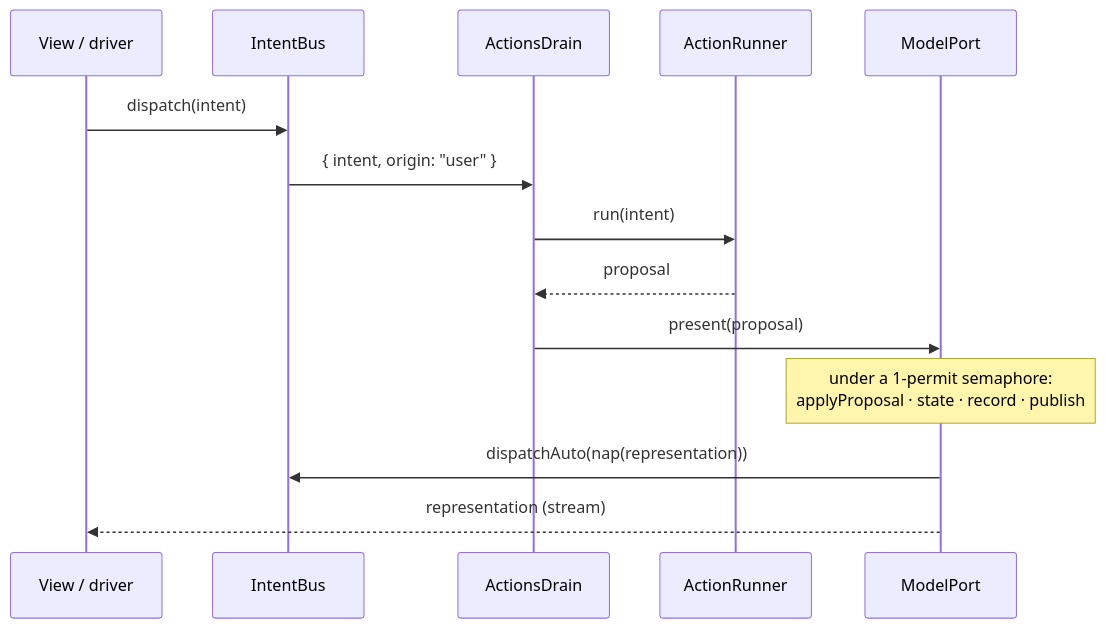
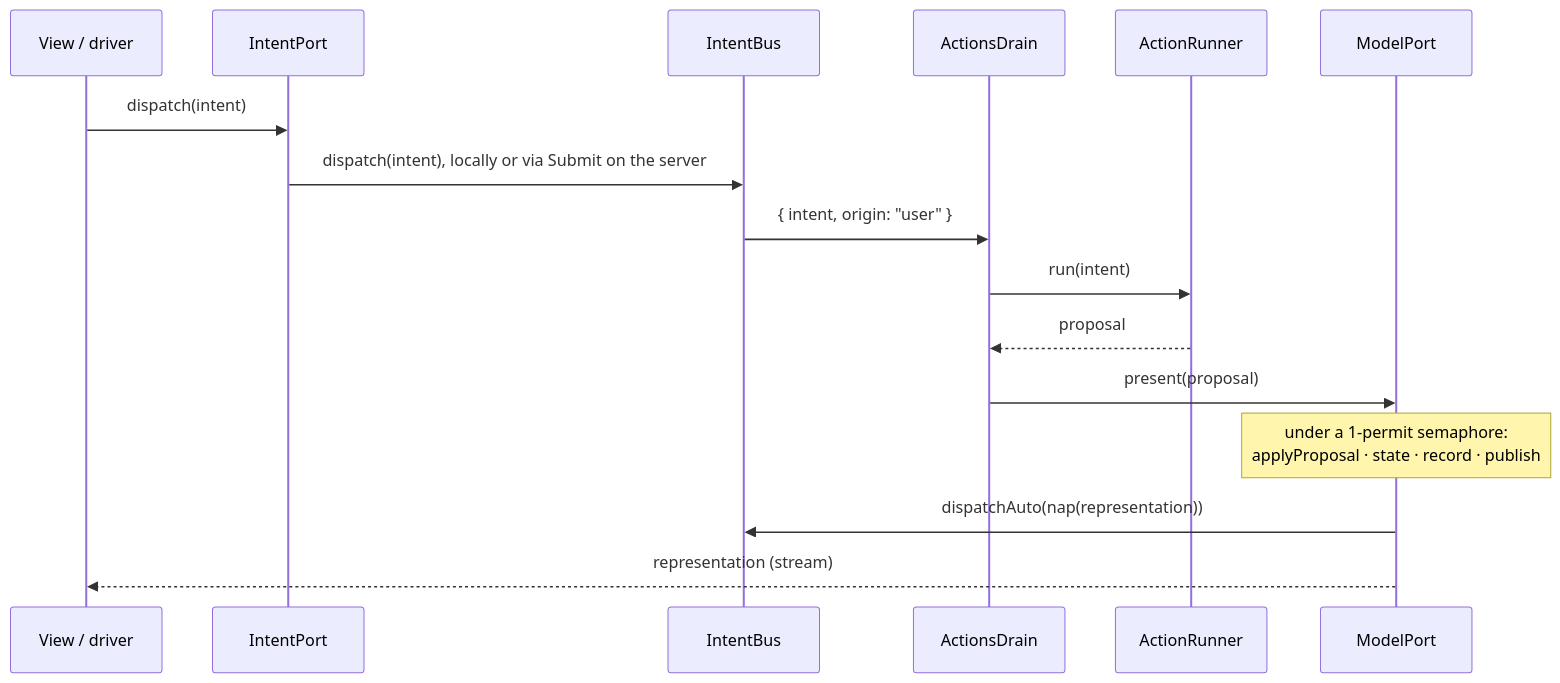
One commit to Trebh/microfw changed the diagram in docs/architecture/sam-loop.md. Above: the diagram before and after it, drawn with Mermaid. The commit also changed 43 other files, not shown here.

````diff
--- a/docs/architecture/sam-loop.md
+++ b/docs/architecture/sam-loop.md
@@ -29,16 +29,18 @@
 ```mermaid
 sequenceDiagram
   participant V as View / driver
+  participant P as IntentPort
   participant B as IntentBus
   participant D as ActionsDrain
   participant A as ActionRunner
   participant M as ModelPort
-  V->>B: dispatch(intent)
+  V->>P: dispatch(intent)
+  P->>B: dispatch(intent), locally or via Submit on the server
   B->>D: { intent, origin: "user" }
   D->>A: run(intent)
   A-->>D: proposal
   D->>M: present(proposal)
   Note over M: under a 1-permit semaphore:<br/>applyProposal · state · record · publish
   M->>B: dispatchAuto(nap(representation))
   M-->>V: representation (stream)
 ```
````
